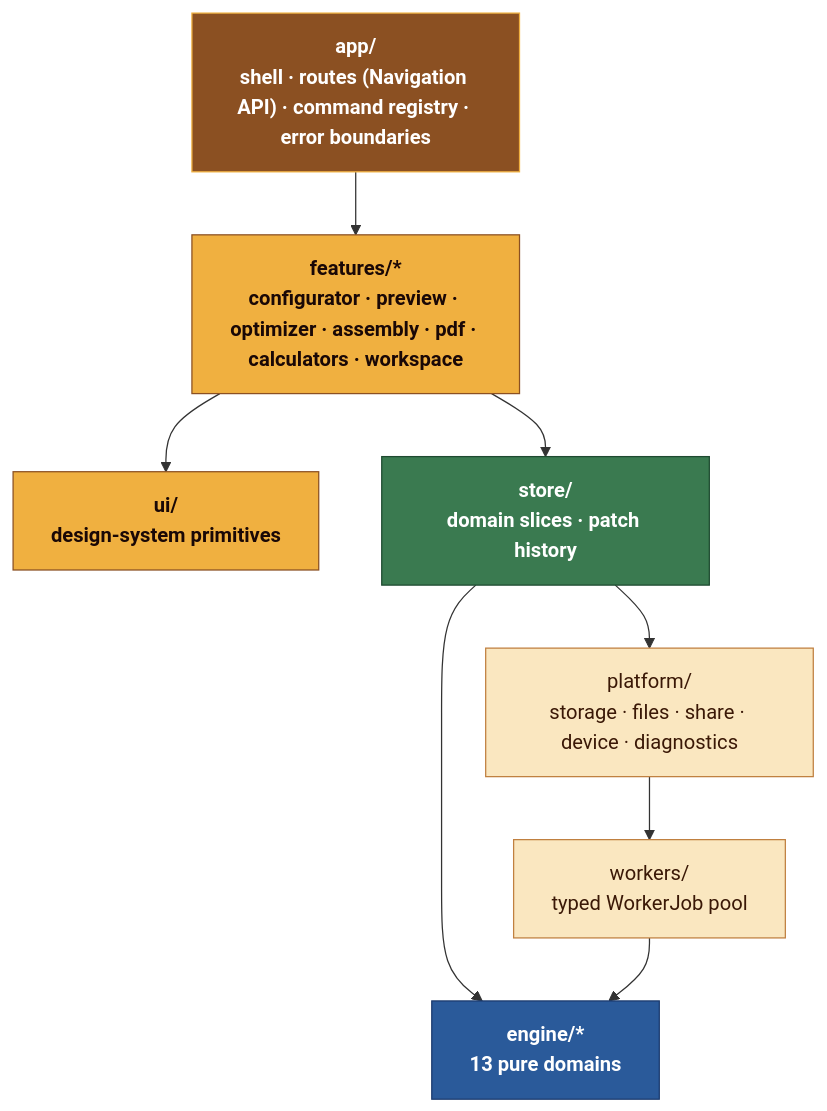
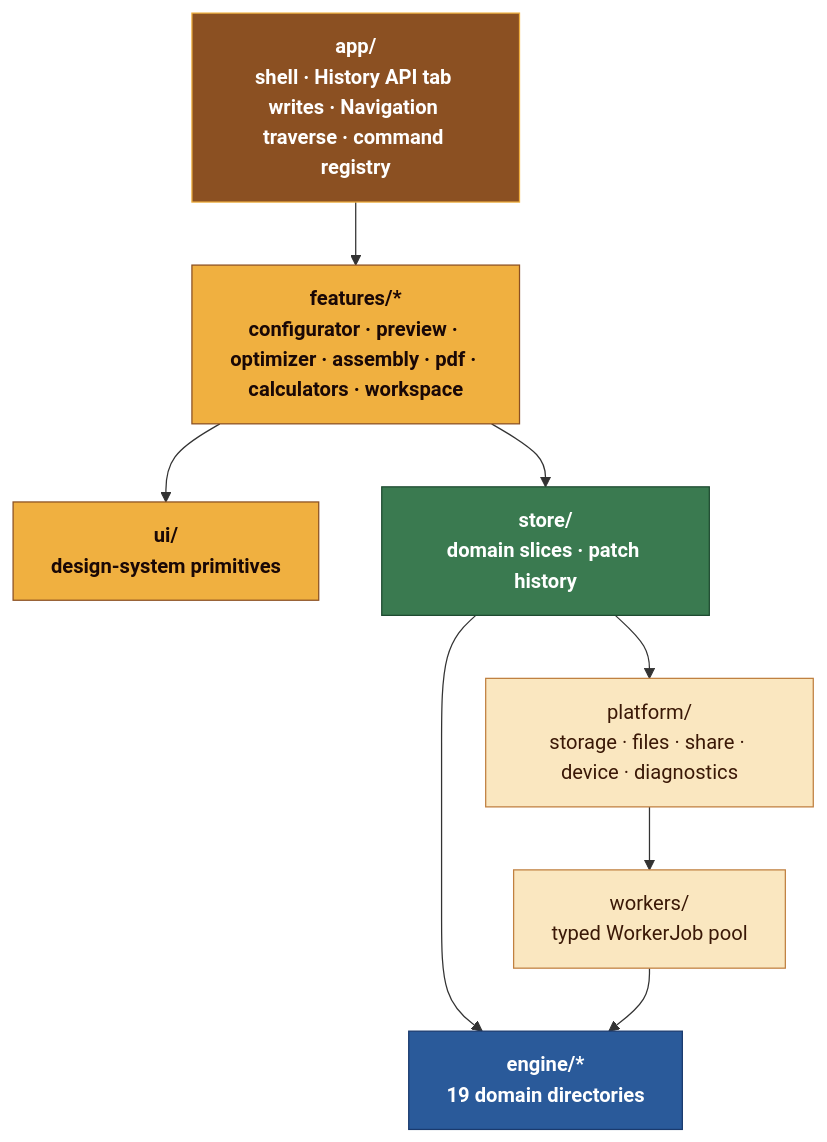
One commit to RajwanYair/WoodworkingShop changed the ninth of 9 diagrams in docs/ARCHITECTURE.md. Above: the diagram before and after it, drawn with Mermaid. The commit also changed other lines of this file and 1358 other files, not shown here.

Commit message:
refactor: complete architecture migration groundwork

````diff
--- a/docs/ARCHITECTURE.md
+++ b/docs/ARCHITECTURE.md
@@ -517,29 +508,29 @@
 ```mermaid
 flowchart TB
-  App["app/<br/>shell · routes (Navigation API) · command registry · error boundaries"]
+  App["app/<br/>shell · History API tab writes · Navigation traverse · command registry"]
   Features["features/*<br/>configurator · preview · optimizer · assembly · pdf · calculators · workspace"]
   UI["ui/<br/>design-system primitives"]
   Store["store/<br/>domain slices · patch history"]
   Platform["platform/<br/>storage · files · share · device · diagnostics"]
   Workers["workers/<br/>typed WorkerJob pool"]
-  Engine["engine/*<br/>13 pure domains"]
+  Engine["engine/*<br/>19 domain directories"]
 
   App --> Features
   Features --> UI
   Features --> Store
   Store --> Engine
   Store --> Platform
   Platform --> Workers
   Workers --> Engine
 
   classDef shell fill:#8b5022,stroke:#f0b040,color:#ffffff,font-weight:bold
   classDef view fill:#f0b040,stroke:#8b5022,color:#1a0806,font-weight:bold
   classDef state fill:#3a7a50,stroke:#1e4a30,color:#ffffff,font-weight:bold
   classDef pure fill:#2a5a9a,stroke:#1a3a6e,color:#ffffff,font-weight:bold
   classDef io fill:#fae7c0,stroke:#c08040,color:#3a1806
   class App shell
   class Features,UI view
   class Store state
   class Engine pure
   class Platform,Workers io
 ```
````
